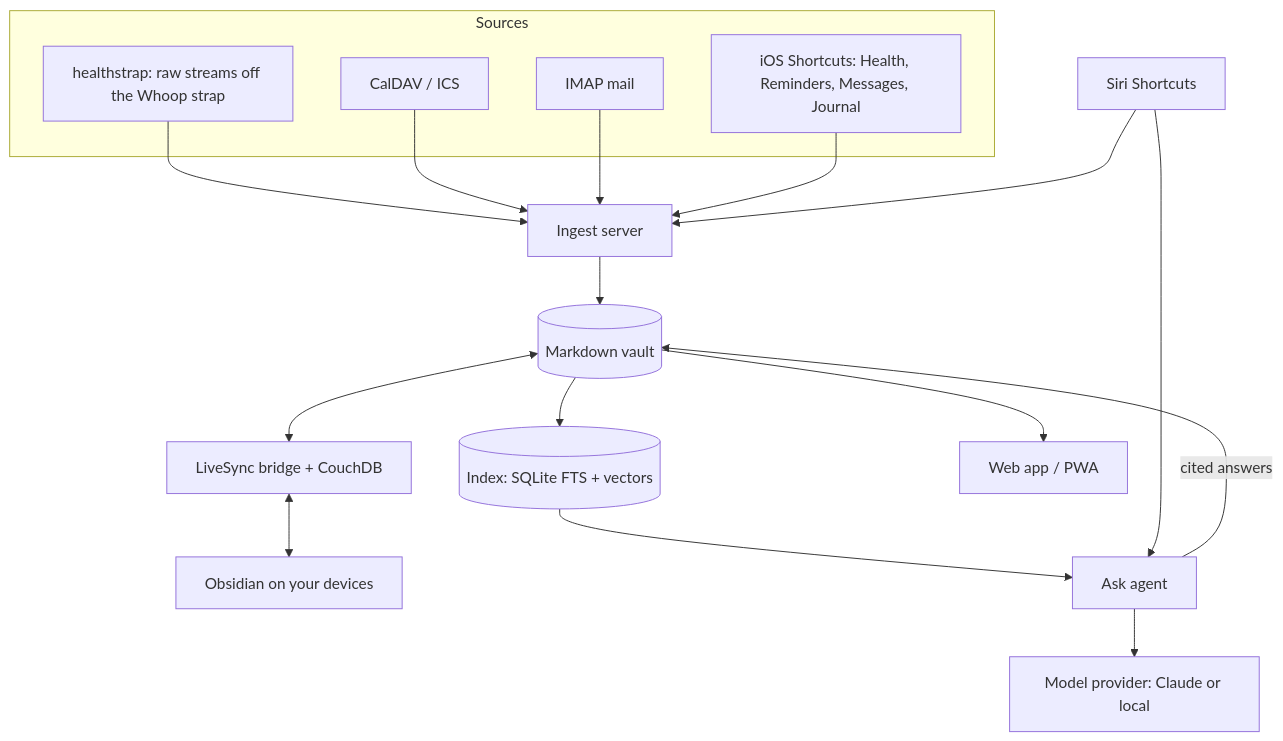
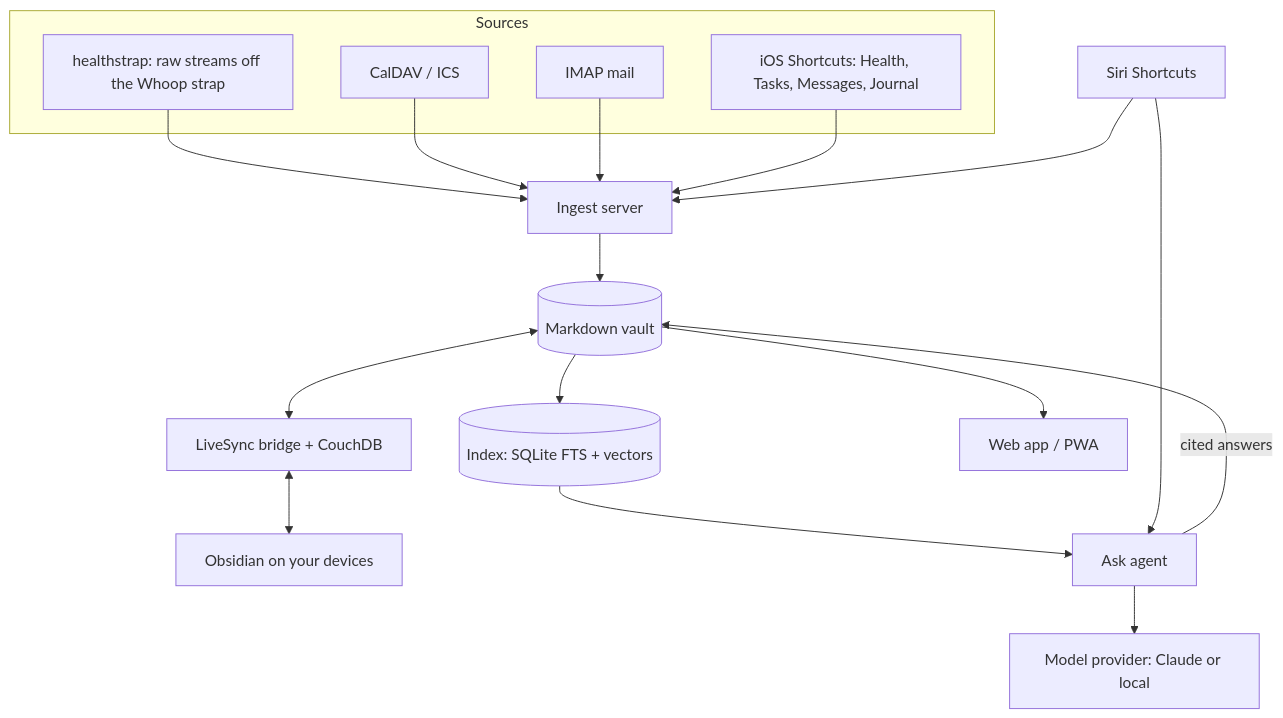
One commit to pkrshnan/dashboardify changed the diagram in docs/architecture.md. Above: the diagram before and after it, drawn with Mermaid. The commit also changed other lines of this file and 17 other files, not shown here.

````diff
--- a/docs/architecture.md
+++ b/docs/architecture.md
@@ -15,19 +15,19 @@
 ```mermaid
 flowchart TD
   subgraph Sources
     W[healthstrap: raw streams off the Whoop strap]
     C[CalDAV / ICS]
     M[IMAP mail]
-    S[iOS Shortcuts: Health, Reminders, Messages, Journal]
+    S[iOS Shortcuts: Health, Tasks, Messages, Journal]
   end
   W & C & M & S --> I[Ingest server]
   I --> V[(Markdown vault)]
   V <--> L[LiveSync bridge + CouchDB] <--> O[Obsidian on your devices]
   V --> X[(Index: SQLite FTS + vectors)]
   X --> A[Ask agent]
   A --> P[Model provider: Claude or local]
   A -- cited answers --> V
   V --> U[Web app / PWA]
   Siri[Siri Shortcuts] --> A
   Siri --> I
 ```
````
